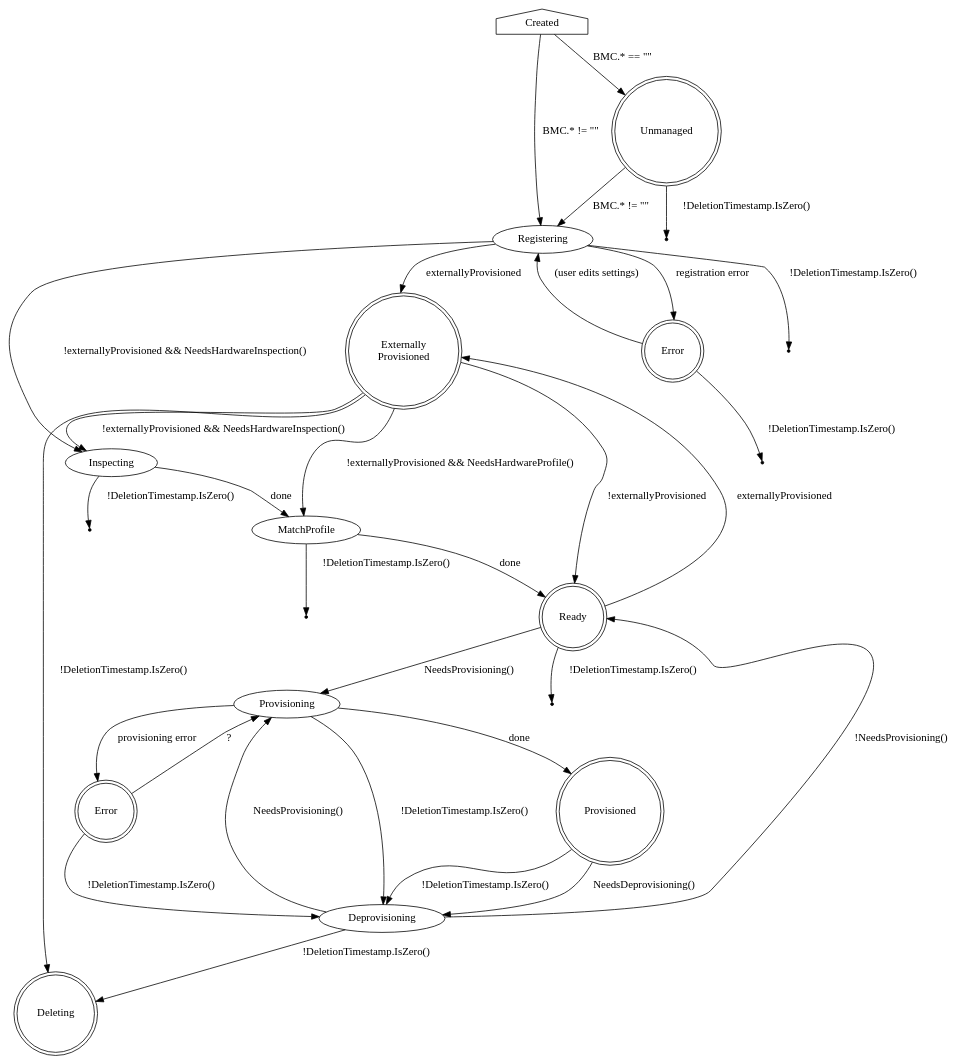
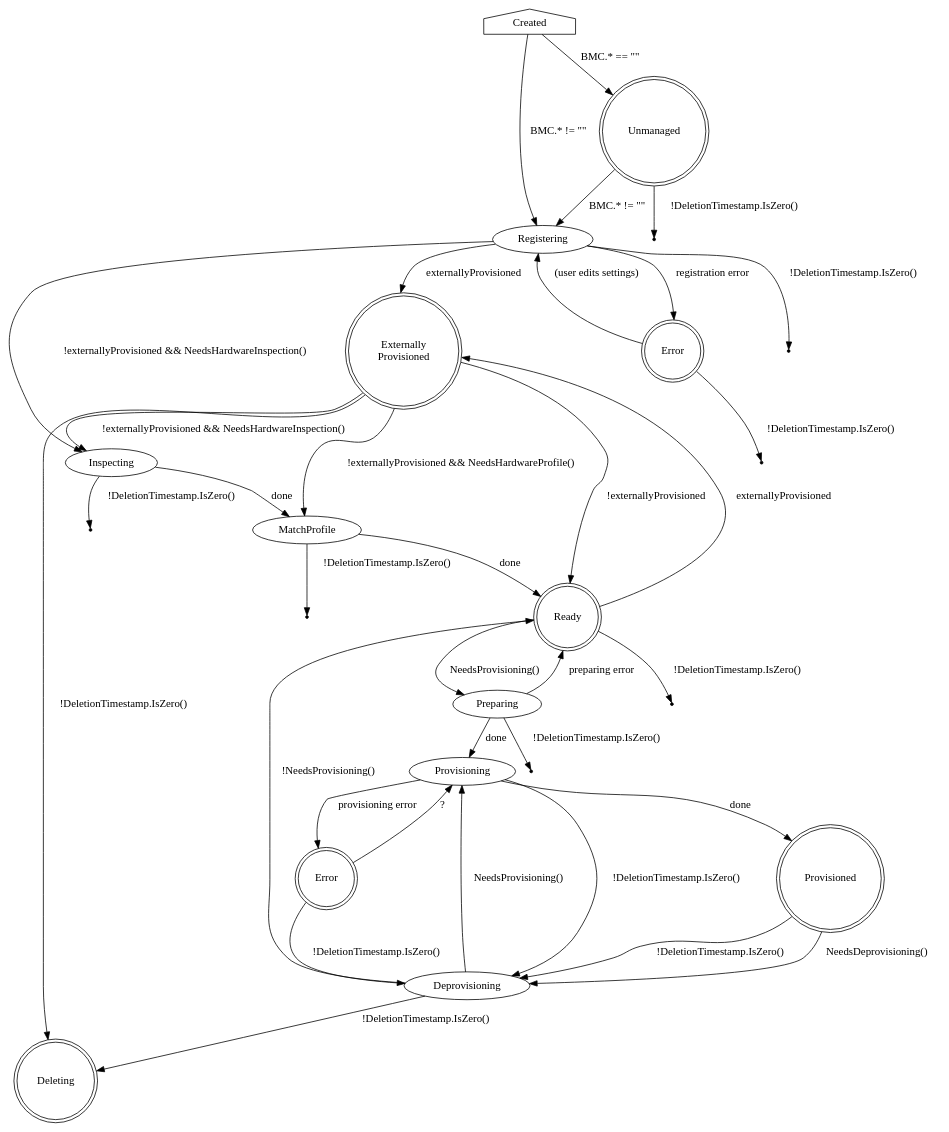
One commit to metal3-io/baremetal-operator changed the diagram in docs/BaremetalHost_ProvisioningState.dot. Above: the diagram before and after it, drawn with Graphviz. The commit also changed 15 other files, not shown here.

```diff
--- a/docs/BaremetalHost_ProvisioningState.dot
+++ b/docs/BaremetalHost_ProvisioningState.dot
@@ -1,68 +1,74 @@
 digraph BaremetalHost {
     Created [shape=house]
     Created -> Unmanaged [label="BMC.* == \"\""]
     Created -> Registering [label="BMC.* != \"\""]
 
     Unmanaged [shape=doublecircle]
     Unmanaged -> Registering [label="BMC.* != \"\""]
     Unmanaged -> Deleting1 [label="!DeletionTimestamp.IsZero()"]
 
     Deleting1 [shape=point]
 
     ExternallyProvisioned [label="Externally\nProvisioned"]
 
     Registering -> Inspecting [label="!externallyProvisioned && NeedsHardwareInspection()"]
     Registering -> ExternallyProvisioned [label="externallyProvisioned"]
     Registering -> RegistrationError [shape=doublecircle label="registration error"]
     Registering -> Deleting2 [label="!DeletionTimestamp.IsZero()"]
 
     Deleting2 [shape=point]
 
     ExternallyProvisioned -> Inspecting [label="!externallyProvisioned && NeedsHardwareInspection()"]
     ExternallyProvisioned -> MatchProfile [label="!externallyProvisioned && NeedsHardwareProfile()"]
     ExternallyProvisioned -> Ready [label="!externallyProvisioned"]
     Ready -> ExternallyProvisioned [label="externallyProvisioned"]
 
     Inspecting -> MatchProfile [label="done"]
     Inspecting -> Deleting3 [label="!DeletionTimestamp.IsZero()"]
 
     Deleting3 [shape=point]
 
     MatchProfile -> Ready [label="done"]
     MatchProfile -> Deleting4 [label="!DeletionTimestamp.IsZero()"]
 
     Deleting4 [shape=point]
 
     RegistrationError [shape=doublecircle label="Error"]
     RegistrationError -> Registering [label="(user edits settings)"]
     RegistrationError -> Deleting5 [label="!DeletionTimestamp.IsZero()"]
 
     Deleting5 [shape=point]
 
     Ready [shape=doublecircle]
-    Ready -> Provisioning [label="NeedsProvisioning()"]
+    Ready -> Preparing [label="NeedsProvisioning()"]
     Ready -> Deleting6 [label="!DeletionTimestamp.IsZero()"]
 
     Deleting6 [shape=point]
+
+    Preparing -> Provisioning [label="done"]
+    Preparing -> Ready [label="preparing error"]
+    Preparing -> Deleting7 [label="!DeletionTimestamp.IsZero()"]
+
+    Deleting7 [shape=point]
 
     Provisioning -> Provisioned [label=done]
     Provisioning -> ProvisioningError [label="provisioning error"]
     Provisioning -> Deprovisioning [label="!DeletionTimestamp.IsZero()"]
 
     ProvisioningError [shape=doublecircle label="Error"]
     ProvisioningError -> Provisioning [label="?"]
     ProvisioningError -> Deprovisioning [label="!DeletionTimestamp.IsZero()"]
 
     Provisioned [shape=doublecircle]
     Provisioned -> Deprovisioning [label="NeedsDeprovisioning()"]
     Provisioned -> Deprovisioning [label="!DeletionTimestamp.IsZero()"]
 
     ExternallyProvisioned [shape=doublecircle]
     ExternallyProvisioned -> Deleting [label="!DeletionTimestamp.IsZero()"]
 
     Deprovisioning -> Provisioning [label="NeedsProvisioning()"]
     Deprovisioning -> Ready [label="!NeedsProvisioning()"]
     Deprovisioning -> Deleting [label="!DeletionTimestamp.IsZero()"]
 
     Deleting [shape=doublecircle]
 }
```
